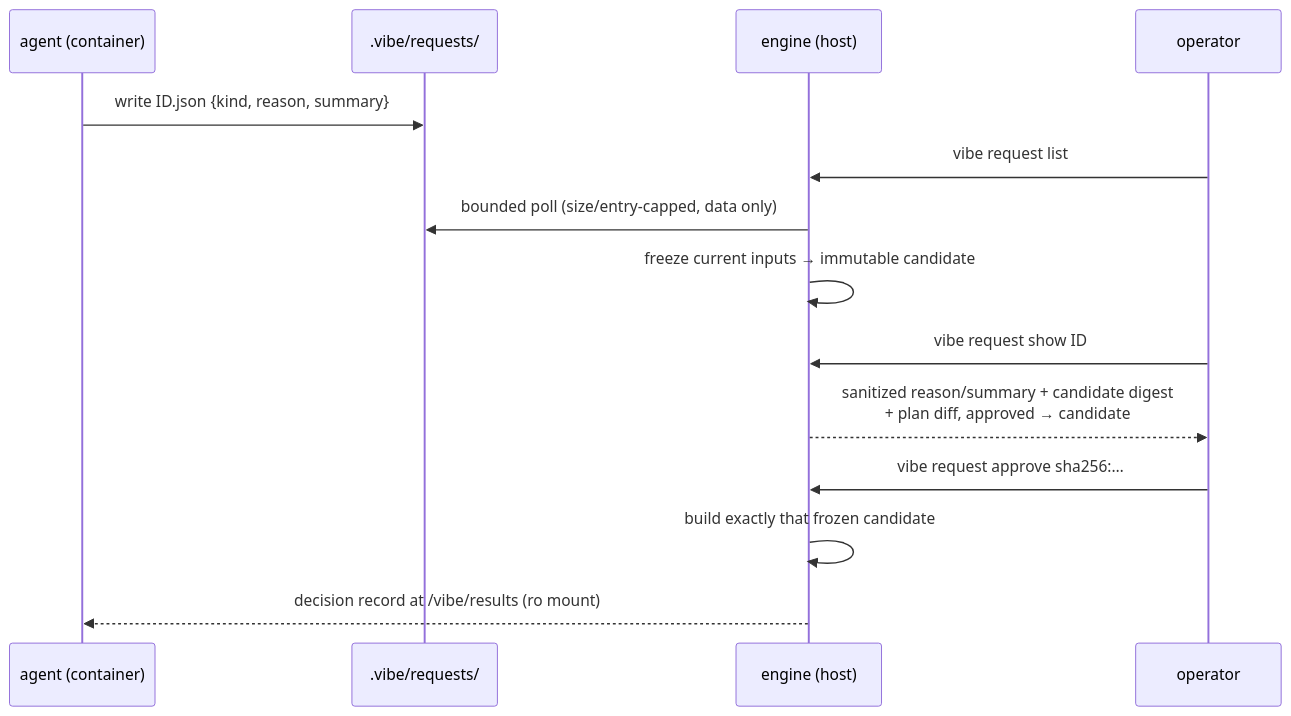
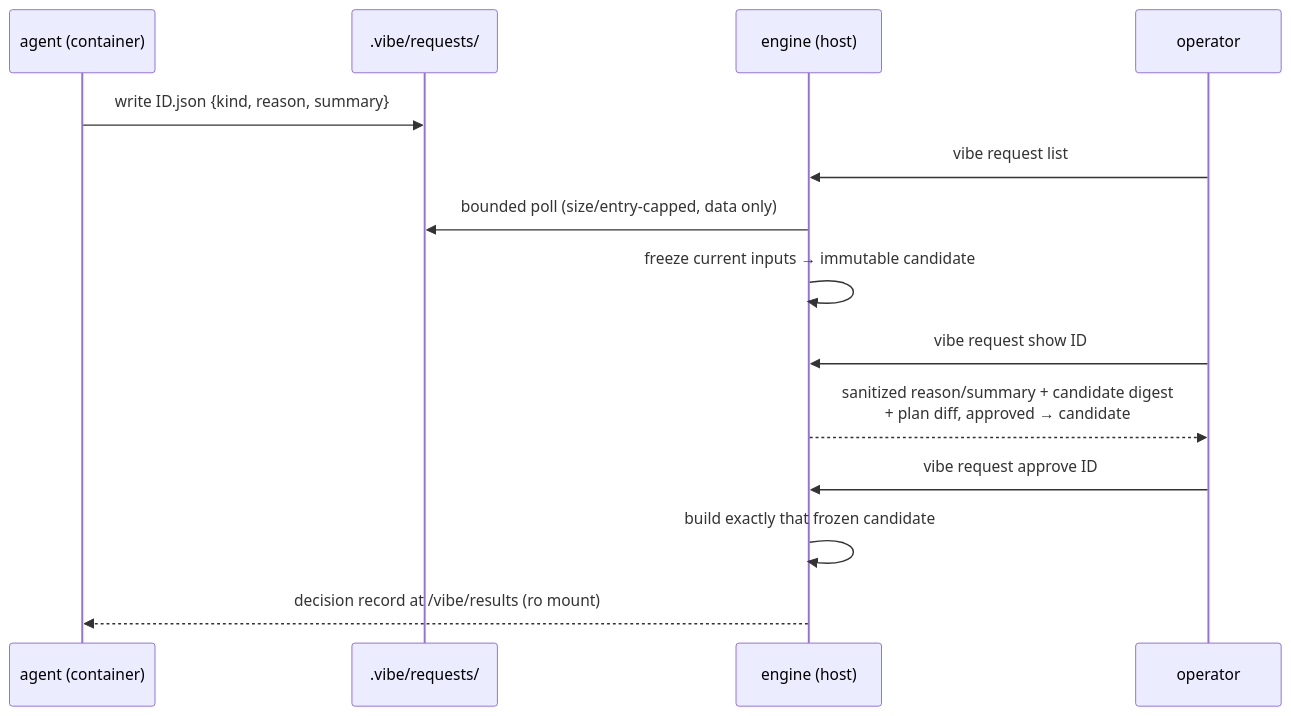
The fourth of 5 diagrams in docs/architecture.md (chrisdruta/vibe-tui-box), drawn with Mermaid before and after one commit. The commit also changed other lines of this file and 1 other file, not shown here.

First line of the commit message:
docs sweep: the last digest-approve diagram and two pointers at deleted records

````diff
--- a/docs/architecture.md
+++ b/docs/architecture.md
@@ -283,17 +283,17 @@
 ```mermaid
 sequenceDiagram
     participant A as agent (container)
     participant W as .vibe/requests/
     participant E as engine (host)
     participant O as operator
 
     A->>W: write ID.json {kind, reason, summary}
     O->>E: vibe request list
     E->>W: bounded poll (size/entry-capped, data only)
     E->>E: freeze current inputs → immutable candidate
     O->>E: vibe request show ID
     E-->>O: sanitized reason/summary + candidate digest<br/>+ plan diff, approved → candidate
-    O->>E: vibe request approve sha256:…
+    O->>E: vibe request approve ID
     E->>E: build exactly that frozen candidate
     E-->>A: decision record at /vibe/results (ro mount)
 ```
````
